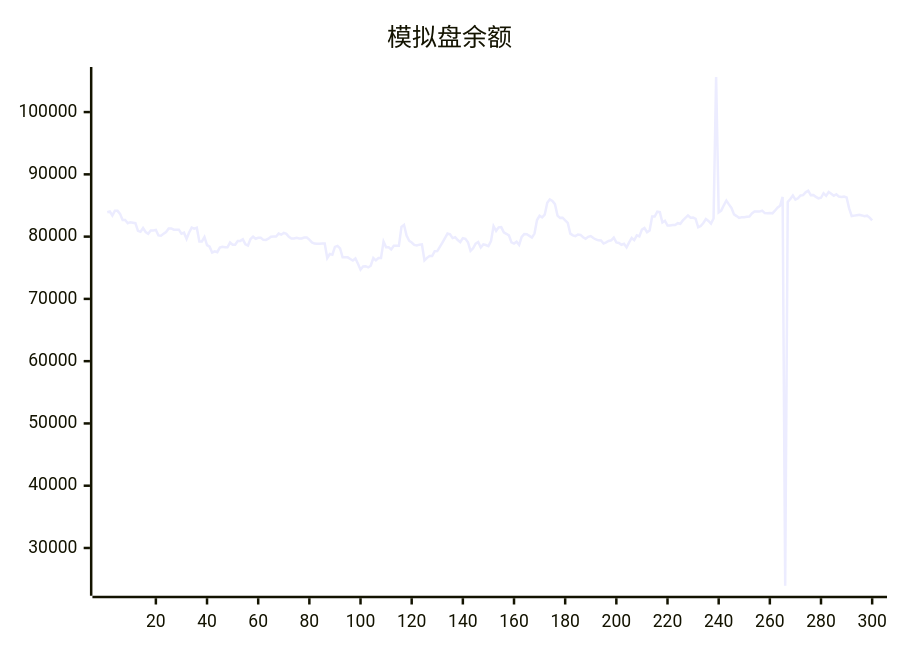
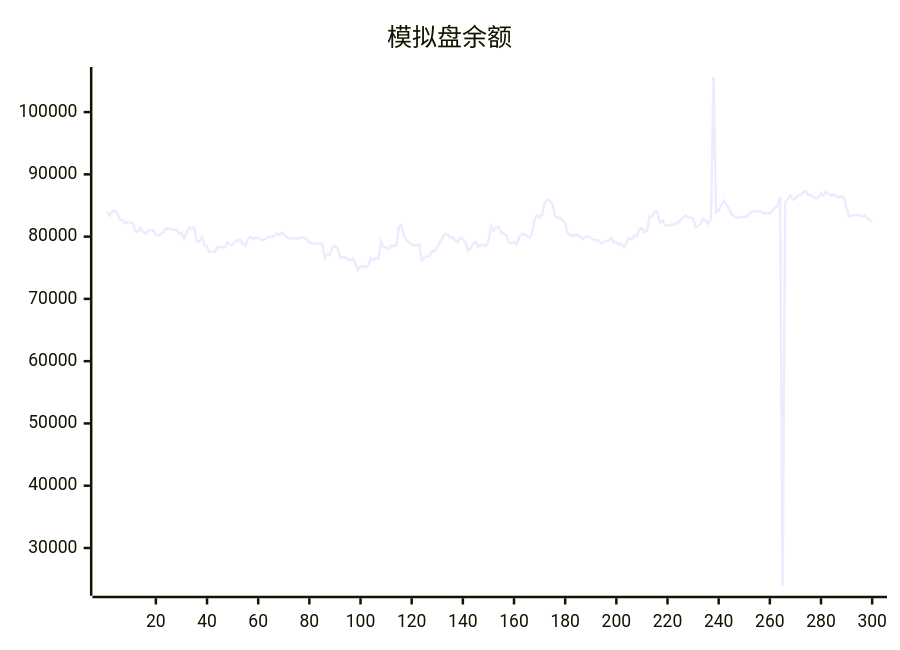
Before and after one commit to aahl/ai-trading: the diagram in README.md, drawn with Mermaid. The commit also changed other lines of this file and 1 other file, not shown here.

````diff
--- a/README.md
+++ b/README.md
@@ -5,5 +5,5 @@
 ```mermaid
 xychart
     title "模拟盘余额"
-    line [83920,84037,83402,84160,84142,83652,82655,82655,82145,82315,82243,82163,80934,80770,81371,80742,80468,80989,80989,81067,80191,80155,80450,80737,81309,81309,81106,81119,81119,80471,80631,79624,80670,81448,81290,81429,79212,79222,79940,78643,78380,77432,77623,77504,78235,78358,78284,78277,79048,78714,78714,79290,79308,79567,78763,78563,79603,79988,79652,79813,79813,79476,79469,79673,79995,80015,80015,80486,80314,80600,80436,79966,79689,79689,79819,79692,79692,79850,79850,79518,79071,78889,78850,78850,78878,78878,76554,77202,77103,78357,78510,78106,76678,76677,76672,76411,76159,76485,75656,74695,75197,75246,75052,75334,76564,76179,76553,76551,79196,78300,78300,77944,78531,78531,78521,81564,81884,80160,79335,79055,78675,78580,78708,78764,76179,76586,76902,76876,77658,77669,78346,79023,79769,80497,80366,79761,79896,79448,79126,79749,79658,79097,77695,78114,78888,79126,78249,78738,78653,78478,79271,81680,80923,81488,81527,80681,80455,80190,79084,78879,79193,78686,79954,80403,80374,80118,79848,80491,82665,83351,83098,83525,85430,85983,85737,85221,83378,83014,83043,82613,82216,80477,80208,80081,80348,80277,79894,79670,79965,80093,79786,79542,79406,79371,78893,79087,79304,79406,79841,79072,78978,78696,78846,78272,79085,79787,79442,80198,80031,81120,81379,80718,80985,83214,83212,83993,83921,82270,82547,81776,81776,81866,81866,82158,82061,82596,83000,83408,83041,83050,82858,81503,81691,82188,82812,82517,82092,82901,105633,83898,84180,85030,85781,85178,84604,83569,83298,83008,83093,83107,83175,83228,83729,84025,84017,84019,84177,83775,83762,83785,83738,84160,84639,84939,86370,23934,85548,86046,86599,85942,86161,86622,86664,87115,87369,86666,86685,86384,86152,86243,86969,86548,87164,86885,86566,86809,86427,86348,86417,86273,84538,83299,83369,83430,83490,83404,83270,83362,83056,82605]
+    line [84037,83402,84160,84142,83652,82655,82655,82145,82315,82243,82163,80934,80770,81371,80742,80468,80989,80989,81067,80191,80155,80450,80737,81309,81309,81106,81119,81119,80471,80631,79624,80670,81448,81290,81429,79212,79222,79940,78643,78380,77432,77623,77504,78235,78358,78284,78277,79048,78714,78714,79290,79308,79567,78763,78563,79603,79988,79652,79813,79813,79476,79469,79673,79995,80015,80015,80486,80314,80600,80436,79966,79689,79689,79819,79692,79692,79850,79850,79518,79071,78889,78850,78850,78878,78878,76554,77202,77103,78357,78510,78106,76678,76677,76672,76411,76159,76485,75656,74695,75197,75246,75052,75334,76564,76179,76553,76551,79196,78300,78300,77944,78531,78531,78521,81564,81884,80160,79335,79055,78675,78580,78708,78764,76179,76586,76902,76876,77658,77669,78346,79023,79769,80497,80366,79761,79896,79448,79126,79749,79658,79097,77695,78114,78888,79126,78249,78738,78653,78478,79271,81680,80923,81488,81527,80681,80455,80190,79084,78879,79193,78686,79954,80403,80374,80118,79848,80491,82665,83351,83098,83525,85430,85983,85737,85221,83378,83014,83043,82613,82216,80477,80208,80081,80348,80277,79894,79670,79965,80093,79786,79542,79406,79371,78893,79087,79304,79406,79841,79072,78978,78696,78846,78272,79085,79787,79442,80198,80031,81120,81379,80718,80985,83214,83212,83993,83921,82270,82547,81776,81776,81866,81866,82158,82061,82596,83000,83408,83041,83050,82858,81503,81691,82188,82812,82517,82092,82901,105633,83898,84180,85030,85781,85178,84604,83569,83298,83008,83093,83107,83175,83228,83729,84025,84017,84019,84177,83775,83762,83785,83738,84160,84639,84939,86370,23934,85548,86046,86599,85942,86161,86622,86664,87115,87369,86666,86685,86384,86152,86243,86969,86548,87164,86885,86566,86809,86427,86348,86417,86273,84538,83299,83369,83430,83490,83404,83270,83362,83056,82605,82459]
 ```
````
